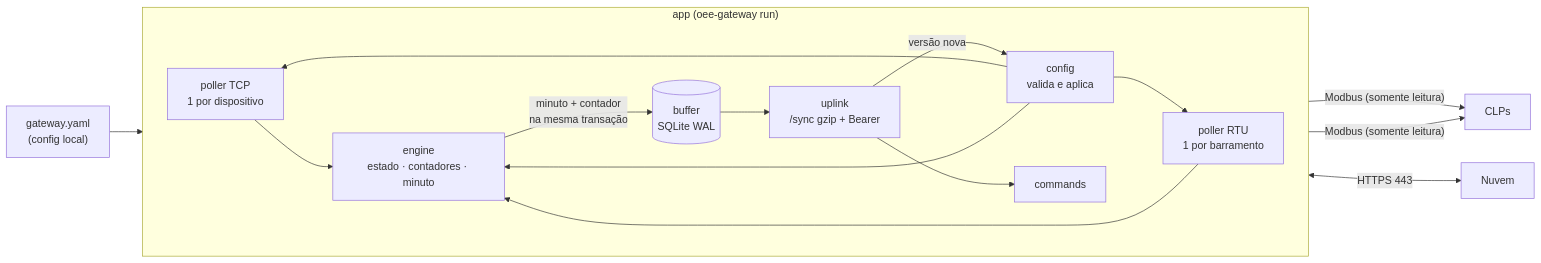
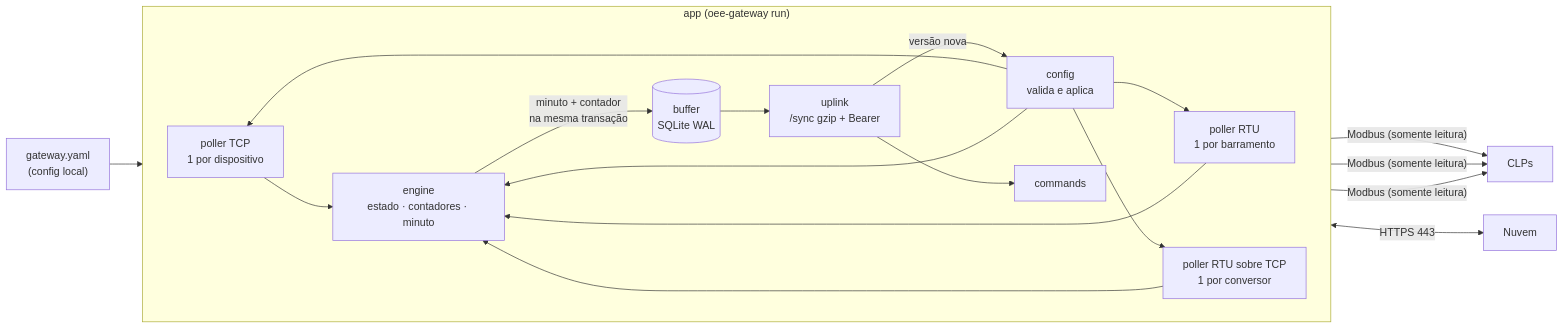
One commit to EngemaseAutomacao/Engemase-OEE changed the diagram in gateway/README.md. Above: the diagram before and after it, drawn with Mermaid. The commit also changed other lines of this file and 16 other files, not shown here.

````diff
--- a/gateway/README.md
+++ b/gateway/README.md
@@ -11,16 +11,17 @@
 ```mermaid
 flowchart LR
   YAML["gateway.yaml<br/>(config local)"] --> APP
   subgraph APP["app (oee-gateway run)"]
     direction LR
     P1["poller TCP<br/>1 por dispositivo"] --> ENG
     P2["poller RTU<br/>1 por barramento"] --> ENG
+    P3["poller RTU sobre TCP<br/>1 por conversor"] --> ENG
     ENG["engine<br/>estado · contadores · minuto"] -->|"minuto + contador<br/>na mesma transação"| BUF[("buffer<br/>SQLite WAL")]
     BUF --> UP["uplink<br/>/sync gzip + Bearer"]
     UP -->|"versão nova"| CFG["config<br/>valida e aplica"]
     UP --> CMD["commands"]
-    CFG --> P1 & P2 & ENG
+    CFG --> P1 & P2 & P3 & ENG
   end
-  P1 & P2 -->|"Modbus (somente leitura)"| CLP["CLPs"]
+  P1 & P2 & P3 -->|"Modbus (somente leitura)"| CLP["CLPs"]
   UP <-->|"HTTPS 443"| NUVEM["Nuvem"]
 ```
````
